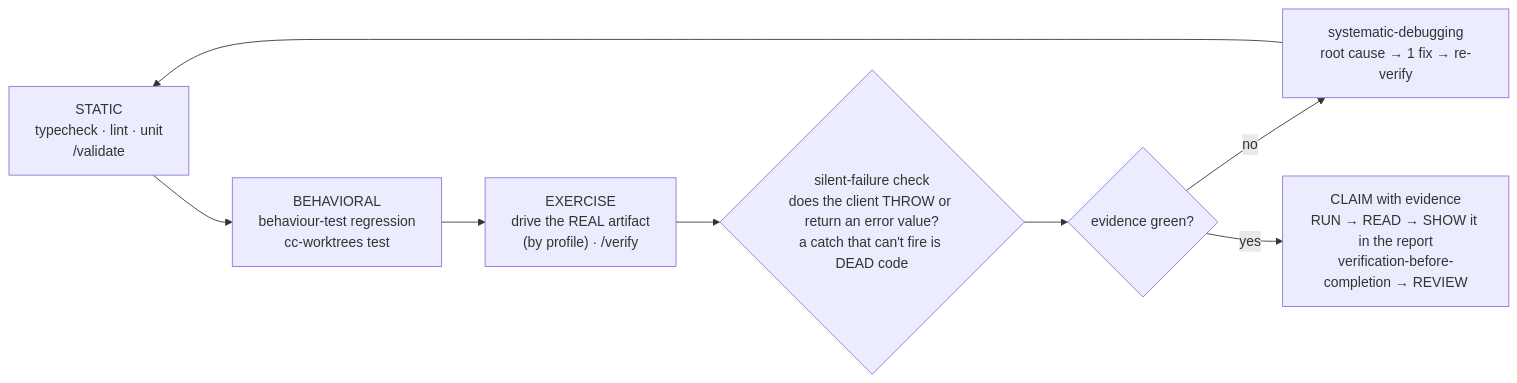
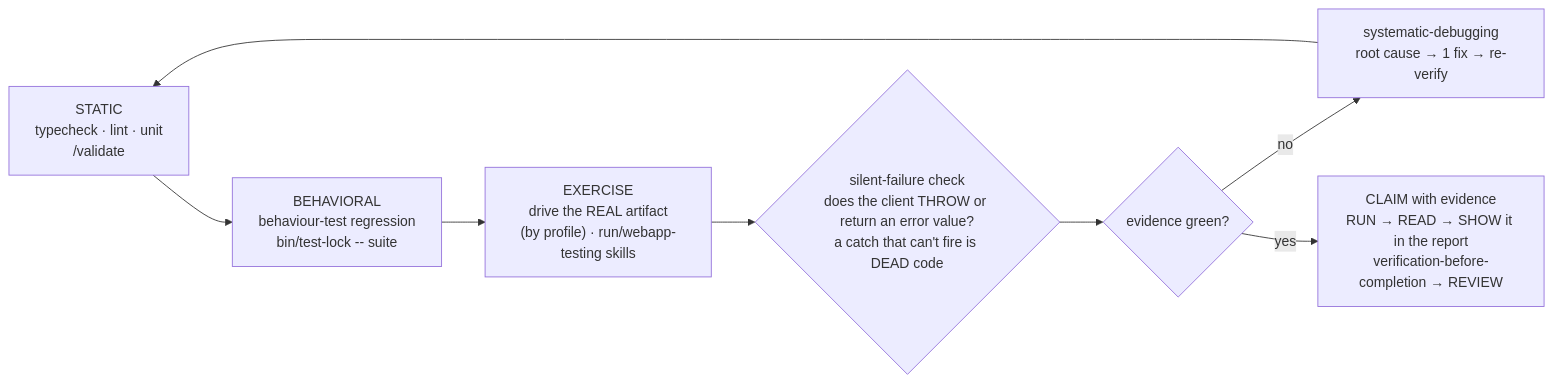
The diagram in .claude/rules/verify-workflow.md (HenriGeorge/AutoCue), drawn with Mermaid before and after one commit. The commit also changed other lines of this file and 60 other files, not shown here.

````diff
--- a/.claude/rules/verify-workflow.md
+++ b/.claude/rules/verify-workflow.md
@@ -19,10 +19,10 @@
 ```mermaid
 flowchart LR
-    S["STATIC<br/>typecheck · lint · unit<br/>/validate"] --> B["BEHAVIORAL<br/>behaviour-test regression<br/>cc-worktrees test"]
-    B --> L["EXERCISE<br/>drive the REAL artifact<br/>(by profile) · /verify"]
+    S["STATIC<br/>typecheck · lint · unit<br/>/validate"] --> B["BEHAVIORAL<br/>behaviour-test regression<br/>bin/test-lock -- suite"]
+    B --> L["EXERCISE<br/>drive the REAL artifact<br/>(by profile) · run/webapp-testing skills"]
     L --> SF{"silent-failure check<br/>does the client THROW or return an error value?<br/>a catch that can't fire is DEAD code"}
     SF --> Q{evidence green?}
     Q -->|no| D["systematic-debugging<br/>root cause → 1 fix → re-verify"]
     D --> S
     Q -->|yes| C["CLAIM with evidence<br/>RUN → READ → SHOW it in the report<br/>verification-before-completion → REVIEW"]
 ```
````
